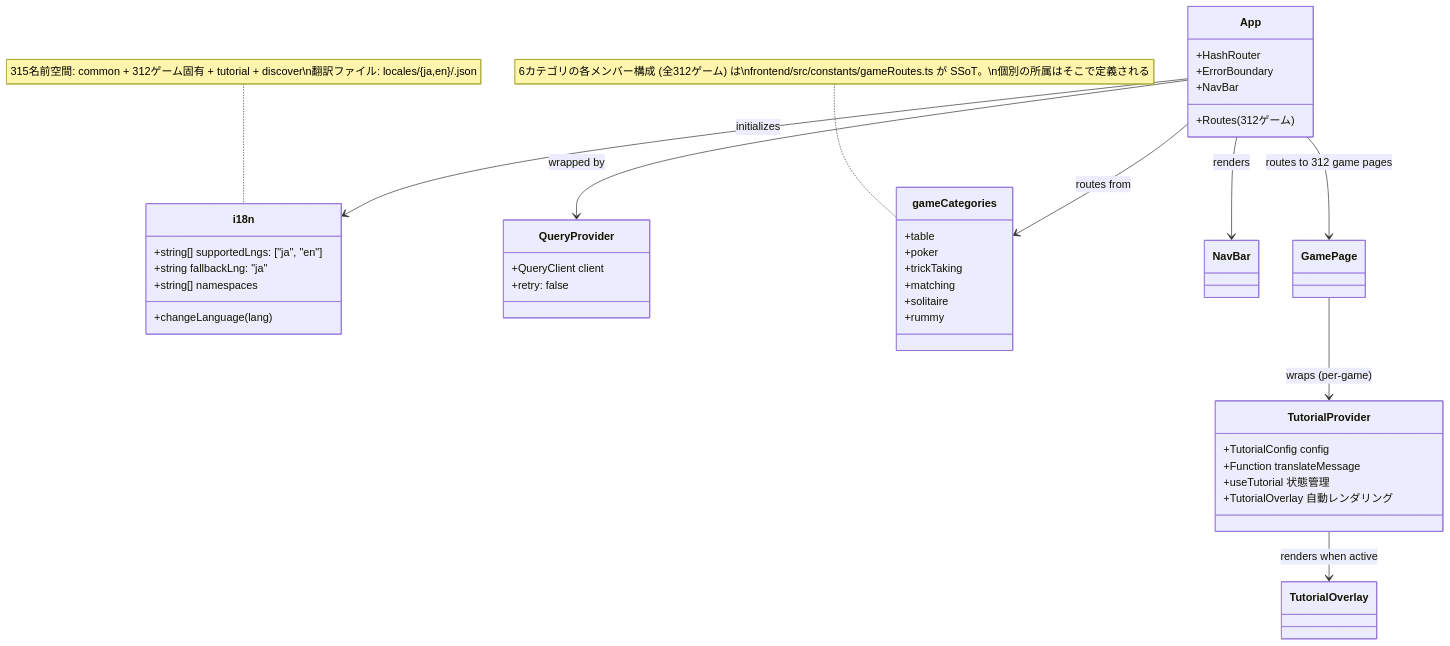
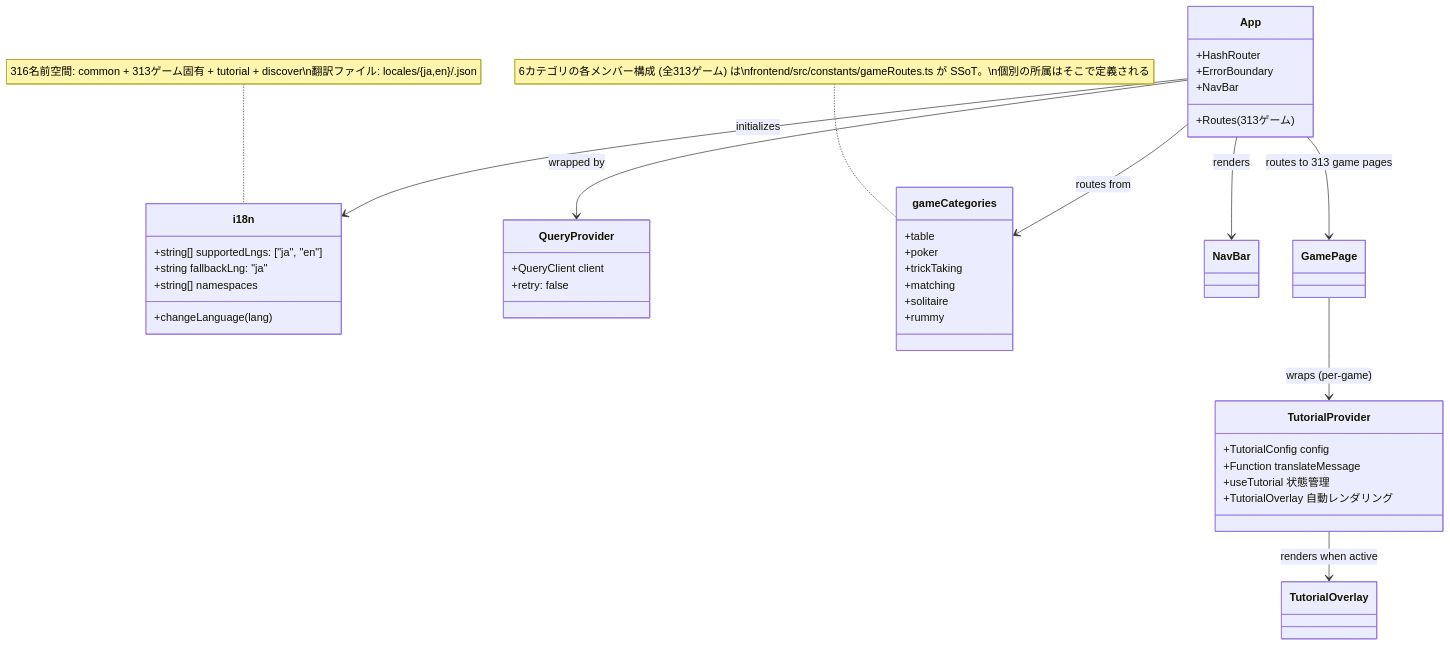
One commit to yuta-yoshinaga/go_trumpcards changed the ninth of 49 diagrams in docs/design/frontend.md. Above: the diagram before and after it, drawn with Mermaid. The commit also changed other lines of this file and 62 other files, not shown here.

````diff
--- a/docs/design/frontend.md
+++ b/docs/design/frontend.md
@@ -1869,48 +1869,48 @@
 ```mermaid
 classDiagram
     class i18n {
         +string[] supportedLngs: ["ja", "en"]
         +string fallbackLng: "ja"
         +string[] namespaces
         +changeLanguage(lang)
     }
 
     class QueryProvider {
         +QueryClient client
         +retry: false
     }
 
     class App {
         +HashRouter
         +ErrorBoundary
         +NavBar
-        +Routes (312ゲーム)
+        +Routes (313ゲーム)
     }
 
     class gameCategories {
         +table
         +poker
         +trickTaking
         +matching
         +solitaire
         +rummy
     }
-    note for gameCategories "6カテゴリの各メンバー構成 (全312ゲーム) は\nfrontend/src/constants/gameRoutes.ts が SSoT。\n個別の所属はそこで定義される"
+    note for gameCategories "6カテゴリの各メンバー構成 (全313ゲーム) は\nfrontend/src/constants/gameRoutes.ts が SSoT。\n個別の所属はそこで定義される"
 
     class TutorialProvider {
         +TutorialConfig config
         +Function translateMessage
         +useTutorial 状態管理
         +TutorialOverlay 自動レンダリング
     }
 
     App --> QueryProvider : wrapped by
     App --> i18n : initializes
     App --> gameCategories : routes from
     App --> NavBar : renders
-    App --> GamePage : routes to 312 game pages
+    App --> GamePage : routes to 313 game pages
     GamePage --> TutorialProvider : wraps (per-game)
     TutorialProvider --> TutorialOverlay : renders when active
 
-    note for i18n "315名前空間: common + 312ゲーム固有 + tutorial + discover\n翻訳ファイル: locales/{ja,en}/<game>.json"
+    note for i18n "316名前空間: common + 313ゲーム固有 + tutorial + discover\n翻訳ファイル: locales/{ja,en}/<game>.json"
 ```
````
